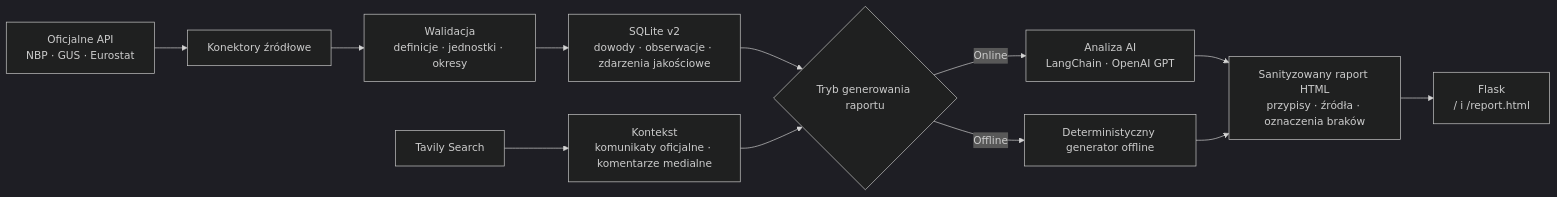
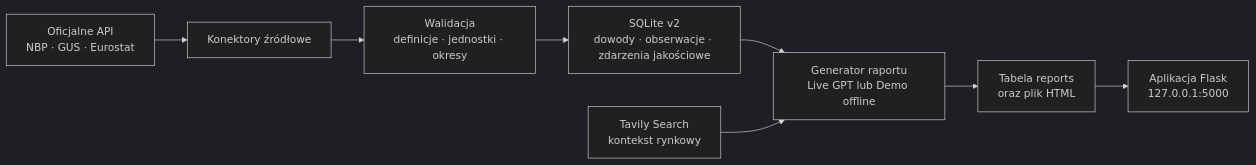
The second of 2 diagrams in README.md (maciejkubek-maker/polish-economy-agent), drawn with Mermaid (dark theme) before and after one commit. The commit also changed other lines of this file and 7 other files, not shown here.

````diff
--- a/README.md
+++ b/README.md
@@ -176,16 +190,10 @@
 ```mermaid
 flowchart LR
     Official["Oficjalne API<br/>NBP · GUS · Eurostat"] --> Connectors["Konektory źródłowe"]
     Connectors --> Validation["Walidacja<br/>definicje · jednostki · okresy"]
     Validation --> SQLite["SQLite v2<br/>dowody · obserwacje · zdarzenia jakościowe"]
-
-    Tavily["Tavily Search"] --> Context["Kontekst<br/>komunikaty oficjalne · komentarze medialne"]
-
-    SQLite --> Mode{"Tryb generowania raportu"}
-    Context --> Mode
-    Mode -->|Online| AI["Analiza AI<br/>LangChain · OpenAI GPT"]
-    Mode -->|Offline| Offline["Deterministyczny generator offline"]
-    AI --> HTML["Sanityzowany raport HTML<br/>przypisy · źródła · oznaczenia braków"]
-    Offline --> HTML
-    HTML --> Flask["Flask<br/>/ i /report.html"]
+    SQLite --> Evaluator["Generator raportu<br/>Live GPT lub Demo offline"]
+    Tavily["Tavily Search<br/>kontekst rynkowy"] --> Evaluator
+    Evaluator --> Reports["Tabela reports<br/>oraz plik HTML"]
+    Reports --> Flask["Aplikacja Flask<br/>127.0.0.1:5000"]
 ```
````
